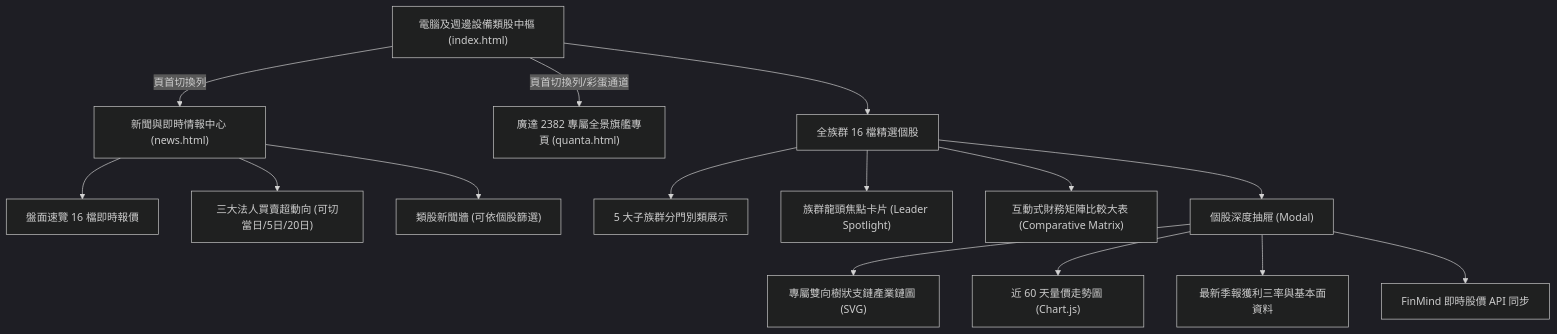
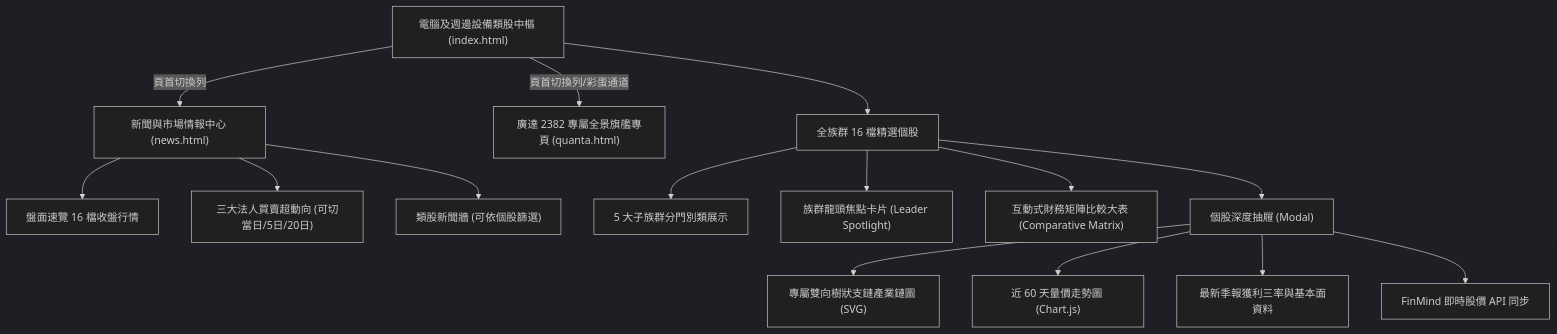
The diagram in PROJECT_MEMORY.md (itachi923/quanta-ai-supply-chain), drawn with Mermaid (dark theme) before and after one commit. The commit also changed other lines of this file and 6 other files, not shown here.

````diff
--- a/PROJECT_MEMORY.md
+++ b/PROJECT_MEMORY.md
@@ -27,17 +27,17 @@
 ```mermaid
 flowchart TD
-    A["電腦及週邊設備類股中樞 (index.html)"] -->|頁首切換列| N["新聞與即時情報中心 (news.html)"]
+    A["電腦及週邊設備類股中樞 (index.html)"] -->|頁首切換列| N["新聞與市場情報中心 (news.html)"]
     A -->|頁首切換列/彩蛋通道| B["廣達 2382 專屬全景旗艦專頁 (quanta.html)"]
-    N --> N1["盤面速覽 16 檔即時報價"]
+    N --> N1["盤面速覽 16 檔收盤行情"]
     N --> N2["三大法人買賣超動向 (可切當日/5日/20日)"]
     N --> N3["類股新聞牆 (可依個股篩選)"]
     A --> C["全族群 16 檔精選個股"]
     C --> D["5 大子族群分門別類展示"]
     C --> E["族群龍頭焦點卡片 (Leader Spotlight)"]
     C --> F["互動式財務矩陣比較大表 (Comparative Matrix)"]
     C --> G["個股深度抽屜 (Modal)"]
     G --> H["專屬雙向樹狀支鏈產業鏈圖 (SVG)"]
     G --> I["近 60 天量價走勢圖 (Chart.js)"]
     G --> J["最新季報獲利三率與基本面資料"]
     G --> K["FinMind 即時股價 API 同步"]
 ```
````
